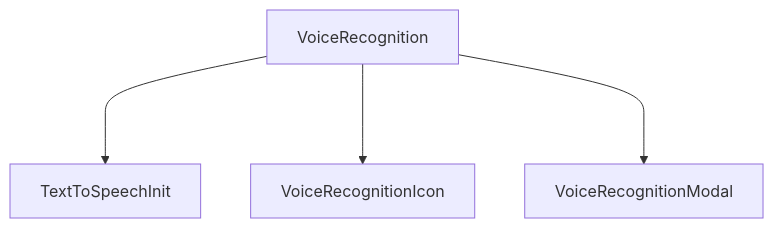
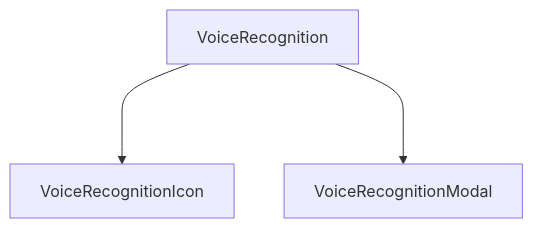
Before and after one commit to opensrc0/fe-pilot: the fourth of 4 diagrams in .github/SETUP.md, drawn with Mermaid. The commit also changed other lines of this file, not shown here.

````diff
--- a/.github/SETUP.md
+++ b/.github/SETUP.md
@@ -94,6 +104,5 @@
 ```mermaid
 graph TD;
-    VoiceRecognition--->TextToSpeechInit;
     VoiceRecognition--->VoiceRecognitionIcon;
     VoiceRecognition--->VoiceRecognitionModal;
 ```
````
